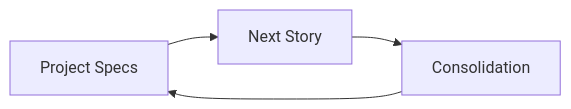
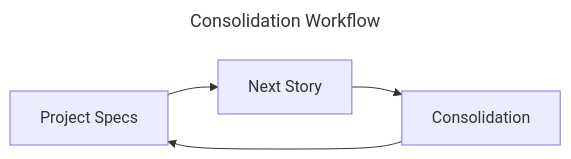
The seventh of 9 diagrams in README.md (mtov/AgileSpec), drawn with Mermaid before and after one commit. The commit also changed other lines of this file, not shown here.

Commit message:
docs: refine workflow headings and diagram titles

````diff
--- a/README.md
+++ b/README.md
@@ -405,6 +411,9 @@
 ```mermaid
+---
+title: Consolidation Workflow
+---
 flowchart LR
     A["Project Specs"] --> B["Next Story"]
     B --> C["Consolidation"]
     C --> A
 ```
````
